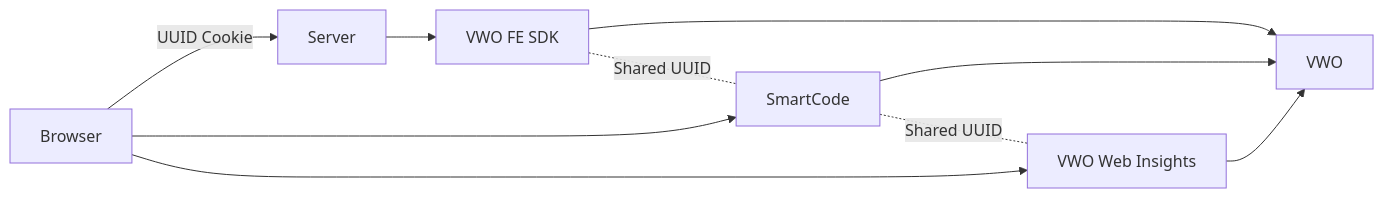
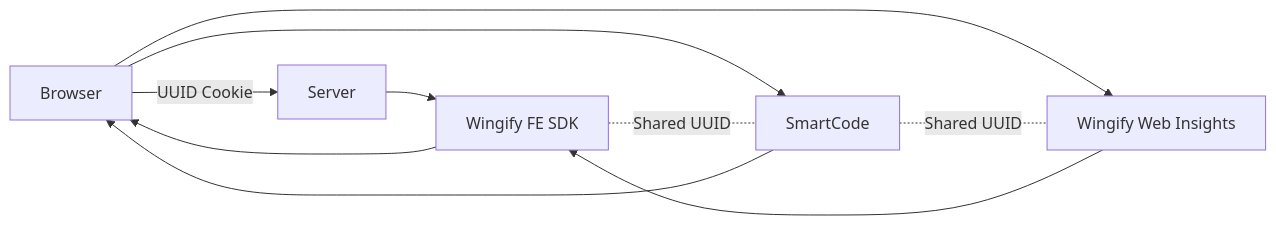
The tenth of 10 diagrams in docs/Concepts/fme-hybrid-testing-web.md (wingify/readme-central), drawn with Mermaid before and after one commit. The commit also changed other lines of this file and 232 other files, not shown here.

Commit message:
VWO -> Wingify branding

````diff
--- a/docs/Concepts/fme-hybrid-testing-web.md
+++ b/docs/Concepts/fme-hybrid-testing-web.md
@@ -978,16 +978,16 @@
 ```mermaid
 flowchart LR
     Browser -->|UUID Cookie| Server
-    Server --> FE_SDK[VWO FE SDK]
-    FE_SDK --> VWO
+    Server --> FE_SDK[Wingify FE SDK]
+    FE_SDK -->
 
     Browser --> SmartCode
-    SmartCode --> VWO
+    SmartCode -->
 
-    Browser --> WebInsights[VWO Web Insights]
-    WebInsights --> VWO
+    Browser --> WebInsights[Wingify Web Insights]
+    WebInsights -->
 
     FE_SDK -. Shared UUID .- SmartCode
     SmartCode -. Shared UUID .- WebInsights
 
 ```
````
